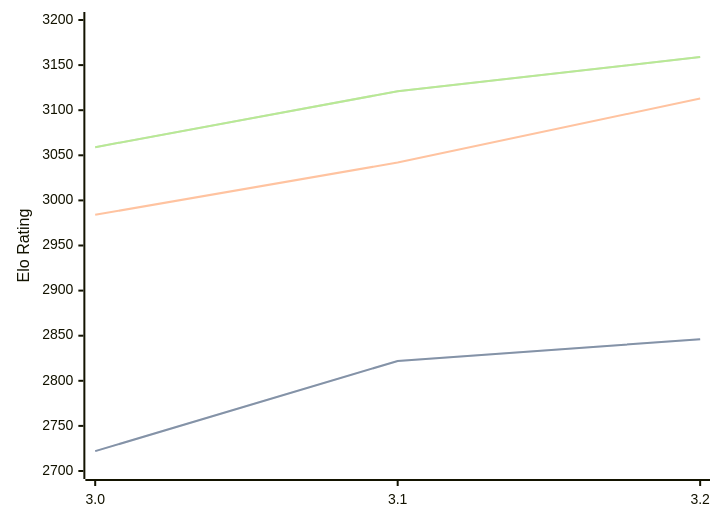
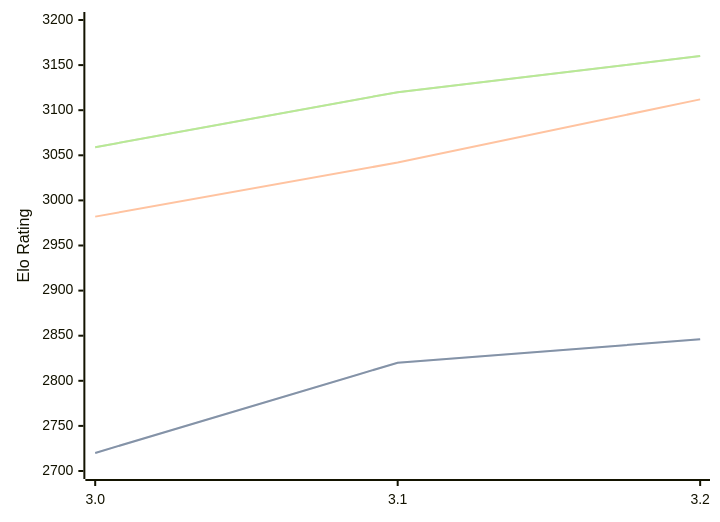
Before and after one commit to computer-chess-index/cci: the third of 3 diagrams in engines/Vajolet2.md, drawn with Mermaid. The commit also changed other lines of this file, not shown here.

Commit message:
Update CCI Ratings (ELO VLTC) - 2026-07-15

````diff
--- a/engines/Vajolet2.md
+++ b/engines/Vajolet2.md
@@ -74,11 +74,11 @@
 ```mermaid
 %%{init: {"theme":"base","themeVariables":{"seriesColors:['#a3a3a3','#222221','#faa371']}}}%%
 xychart-beta
   x-axis ["3.0", "3.1", "3.2"]
   y-axis "Elo Rating" 2700 --> 3200
-  line "STC (8.0+0.08s)" [2722, 2822, 2846]
-  line "STC (8.0+0.08s)" [2722, 2822, 2846]
-  line "LTC (60.0+0.60s)" [2984, 3042, 3113]
-  line "VLTC (2m24s+1.12s)" [3059, 3121, 3159]
-  line "VLTC (2m24s+1.12s)" [3059, 3121, 3159]
+  line "STC (8.0+0.08s)" [2720, 2820, 2846]
+  line "STC (8.0+0.08s)" [2720, 2820, 2846]
+  line "LTC (60.0+0.60s)" [2982, 3042, 3112]
+  line "VLTC (2m24s+1.12s)" [3059, 3120, 3160]
+  line "VLTC (2m24s+1.12s)" [3059, 3120, 3160]
 ```
````
